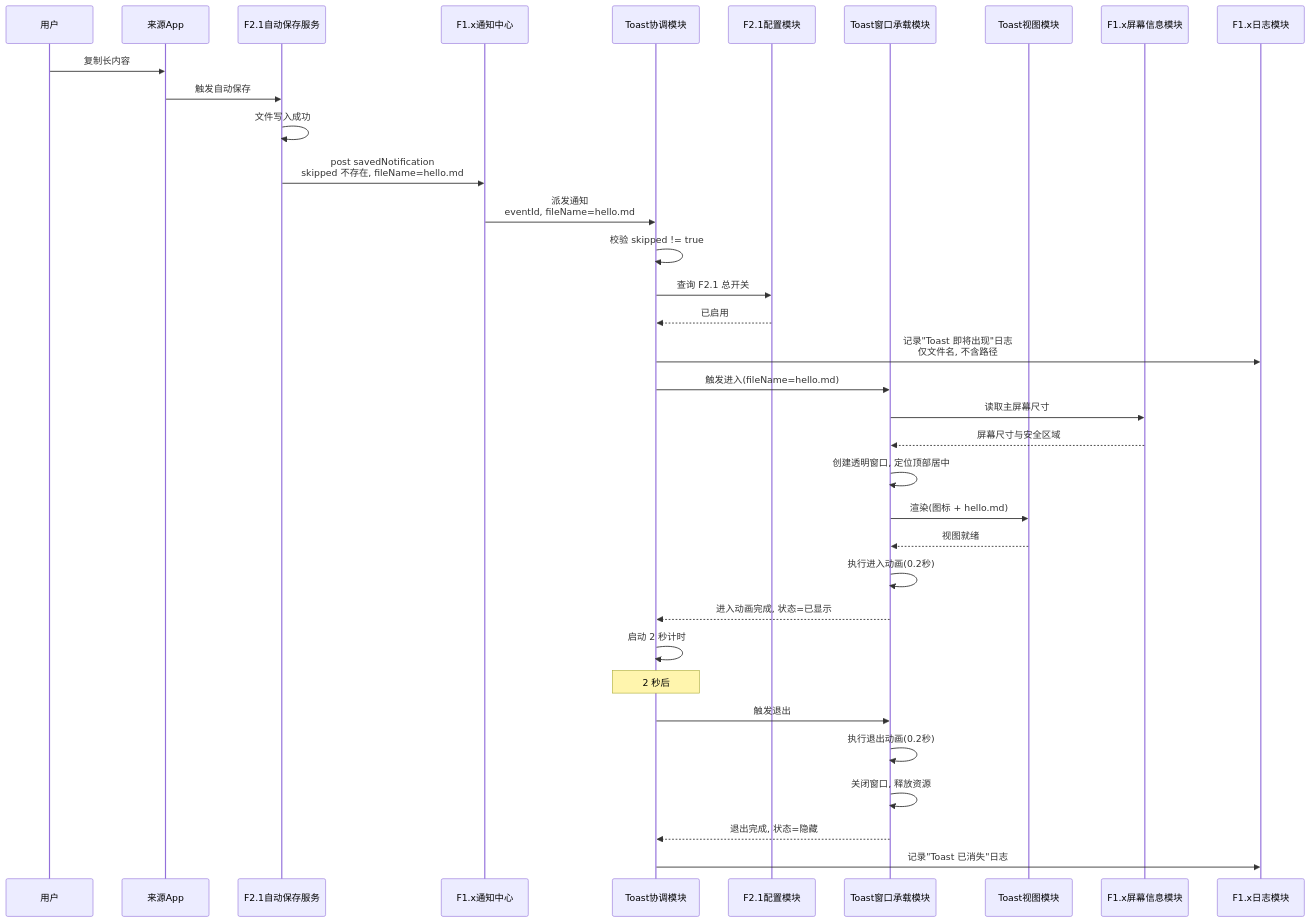
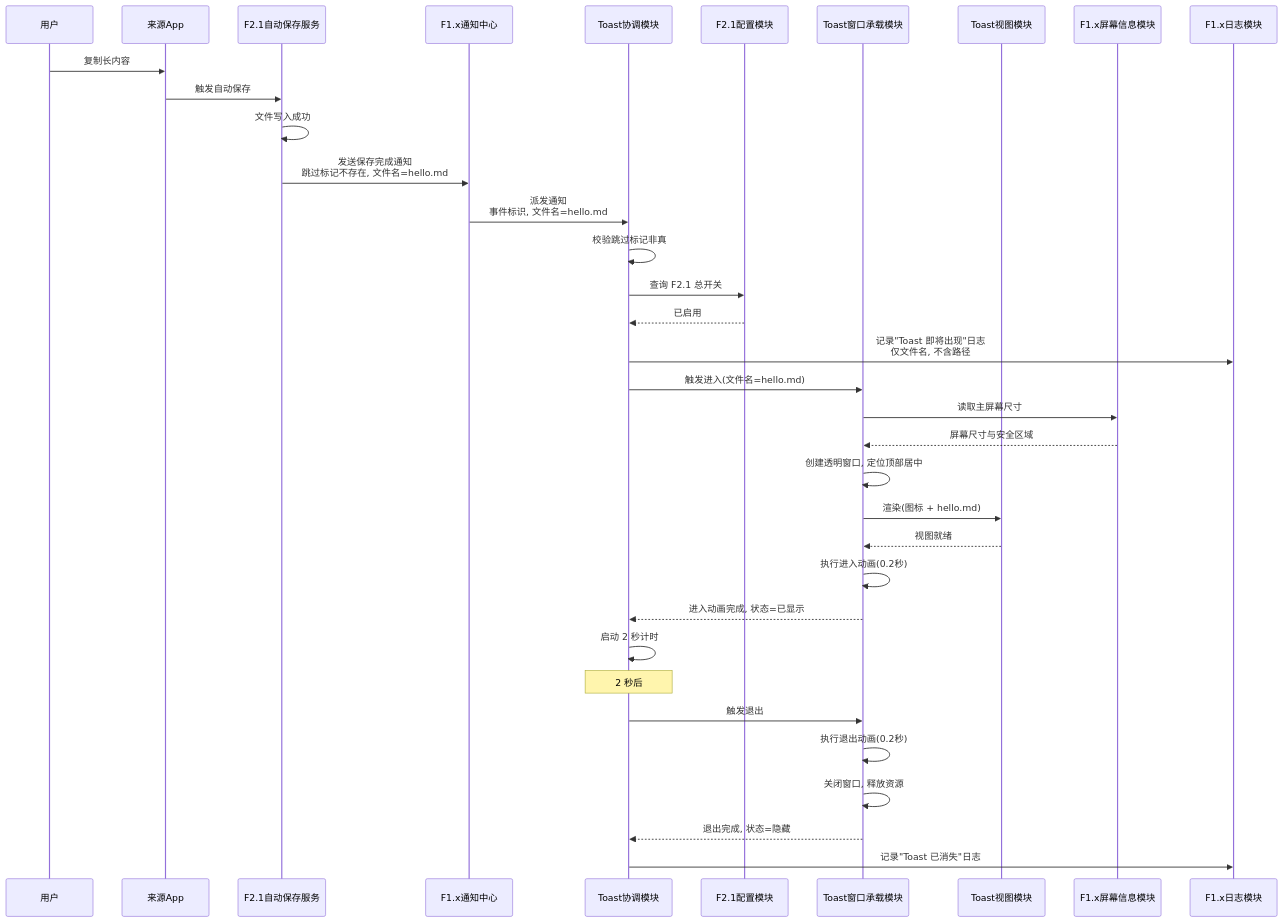
Before and after one commit to marcocpt/ClipMind: the second of 5 diagrams in docs/planning/P1/F2.1/F2.1.1_保存成功Toast_设计文档.md, drawn with Mermaid. The commit also changed other lines of this file, not shown here.

````diff
--- a/docs/planning/P1/F2.1/F2.1.1_保存成功Toast_设计文档.md
+++ b/docs/planning/P1/F2.1/F2.1.1_保存成功Toast_设计文档.md
@@ -156,42 +156,42 @@
 ```mermaid
 sequenceDiagram
     participant U as 用户
     participant S as 来源App
     participant AS as F2.1自动保存服务
     participant NC as F1.x通知中心
     participant TM as Toast协调模块
     participant CM as F2.1配置模块
     participant TW as Toast窗口承载模块
     participant TV as Toast视图模块
     participant SC as F1.x屏幕信息模块
     participant L as F1.x日志模块
 
     U->>S: 复制长内容
     S->>AS: 触发自动保存
     AS->>AS: 文件写入成功
-    AS->>NC: post savedNotification<br/>skipped 不存在, fileName=hello.md
-    NC->>TM: 派发通知<br/>eventId, fileName=hello.md
+    AS->>NC: 发送保存完成通知<br/>跳过标记不存在, 文件名=hello.md
+    NC->>TM: 派发通知<br/>事件标识, 文件名=hello.md
 
-    TM->>TM: 校验 skipped != true
+    TM->>TM: 校验跳过标记非真
     TM->>CM: 查询 F2.1 总开关
     CM-->>TM: 已启用
     TM->>L: 记录"Toast 即将出现"日志<br/>仅文件名, 不含路径
 
-    TM->>TW: 触发进入(fileName=hello.md)
+    TM->>TW: 触发进入(文件名=hello.md)
     TW->>SC: 读取主屏幕尺寸
     SC-->>TW: 屏幕尺寸与安全区域
     TW->>TW: 创建透明窗口, 定位顶部居中
     TW->>TV: 渲染(图标 + hello.md)
     TV-->>TW: 视图就绪
     TW->>TW: 执行进入动画(0.2秒)
     TW-->>TM: 进入动画完成, 状态=已显示
 
     TM->>TM: 启动 2 秒计时
 
     Note over TM: 2 秒后
     TM->>TW: 触发退出
     TW->>TW: 执行退出动画(0.2秒)
     TW->>TW: 关闭窗口, 释放资源
     TW-->>TM: 退出完成, 状态=隐藏
     TM->>L: 记录"Toast 已消失"日志
 ```
````
